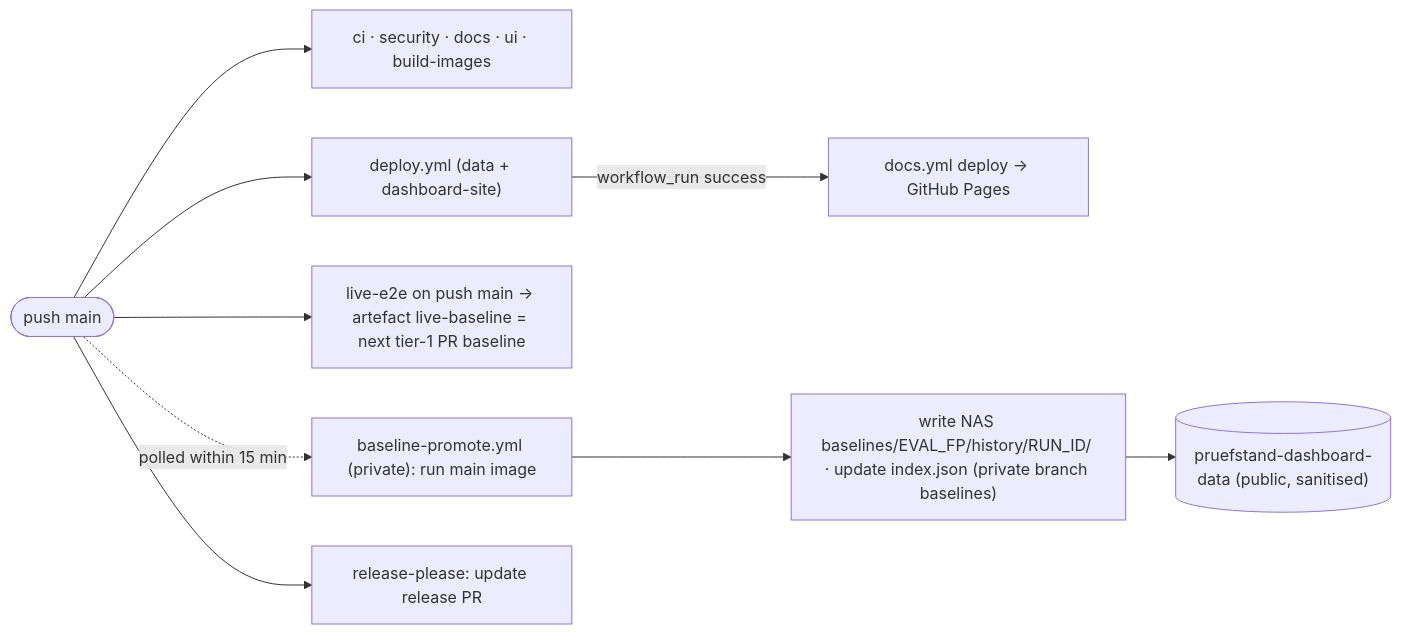
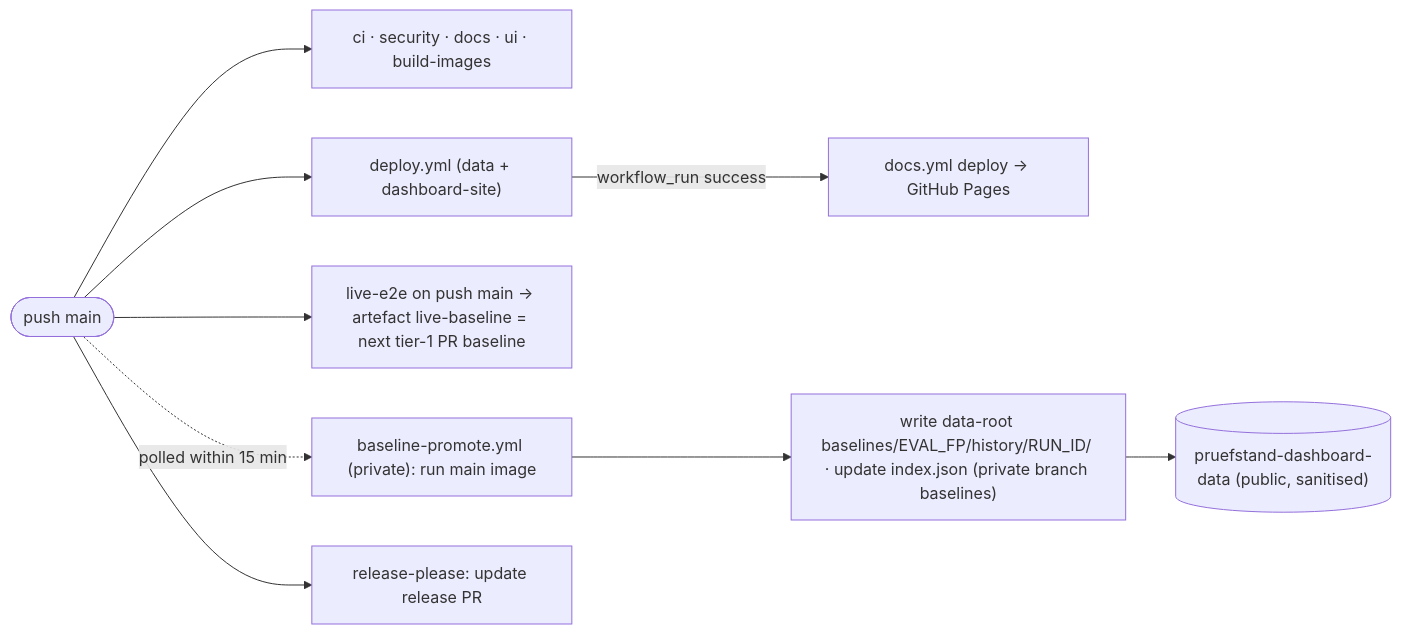
One commit to dheena18/pruefstand changed the second of 5 diagrams in docs/engineering/ci-cd.md. Above: the diagram before and after it, drawn with Mermaid. The commit also changed other lines of this file and 65 other files, not shown here.

First line of the commit message:
docs: keep models on the cluster disk, one judge, data root on VM disk (ADR-0019)

````diff
--- a/docs/engineering/ci-cd.md
+++ b/docs/engineering/ci-cd.md
@@ -267,9 +267,9 @@
 ```mermaid
 flowchart LR
   M(["push main"]) --> CI["ci · security · docs · ui · build-images"]
   M --> DEPM["deploy.yml (data + dashboard-site)"] -- "workflow_run success" --> PAGES["docs.yml deploy → GitHub Pages"]
   M --> LIVEM["live-e2e on push main → artefact live-baseline = next tier-1 PR baseline"]
-  M -. "polled within 15 min" .-> BASE["baseline-promote.yml (private): run main image"] --> PROMOTE["write NAS baselines/EVAL_FP/history/RUN_ID/ · update index.json (private branch baselines)"]
+  M -. "polled within 15 min" .-> BASE["baseline-promote.yml (private): run main image"] --> PROMOTE["write data-root baselines/EVAL_FP/history/RUN_ID/ · update index.json (private branch baselines)"]
   PROMOTE --> DD[("pruefstand-dashboard-data (public, sanitised)")]
   M --> RP["release-please: update release PR"]
 ```
````
